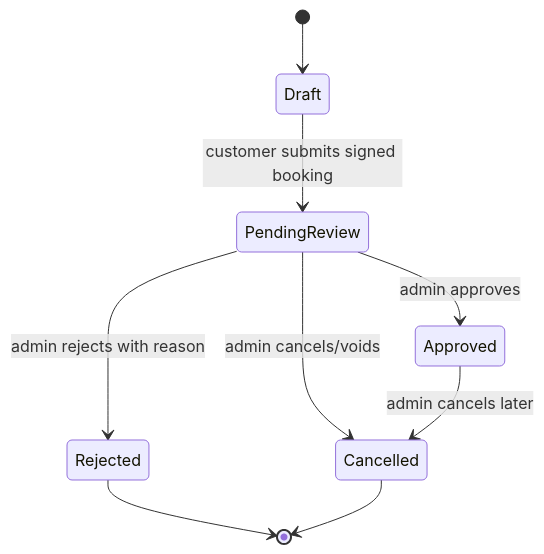
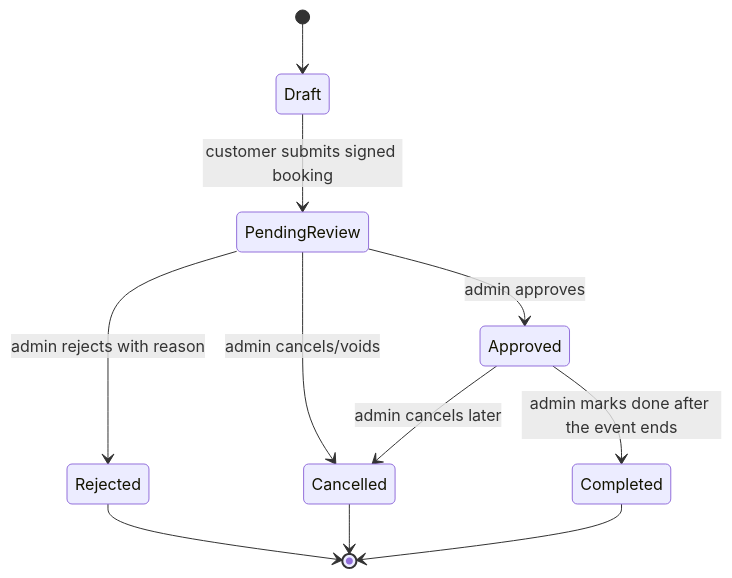
Before and after one commit to omprakash-code/havenretreatdev: the fourth of 5 diagrams in docs/booking-workflow-refactor.md, drawn with Mermaid. The commit also changed other lines of this file and 51 other files, not shown here.

````diff
--- a/docs/booking-workflow-refactor.md
+++ b/docs/booking-workflow-refactor.md
@@ -171,11 +190,13 @@
 ```mermaid
 stateDiagram-v2
   [*] --> Draft
   Draft --> PendingReview: customer submits signed booking
   PendingReview --> Approved: admin approves
   PendingReview --> Rejected: admin rejects with reason
   PendingReview --> Cancelled: admin cancels/voids
   Approved --> Cancelled: admin cancels later
+  Approved --> Completed: admin marks done after the event ends
   Rejected --> [*]
   Cancelled --> [*]
+  Completed --> [*]
 ```
````
